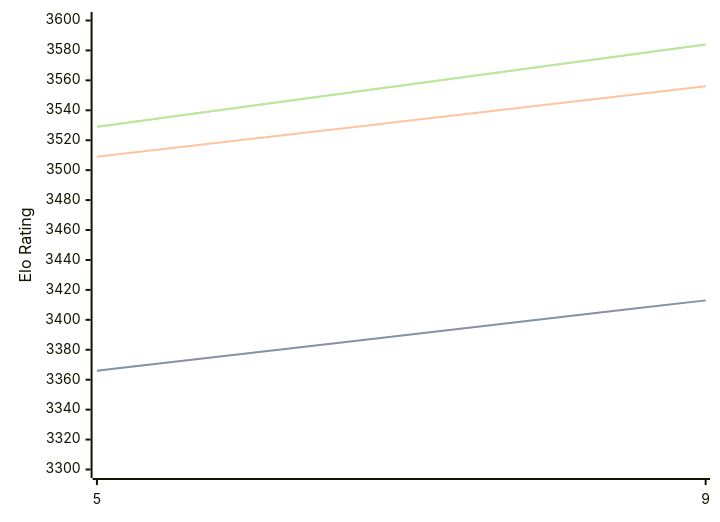
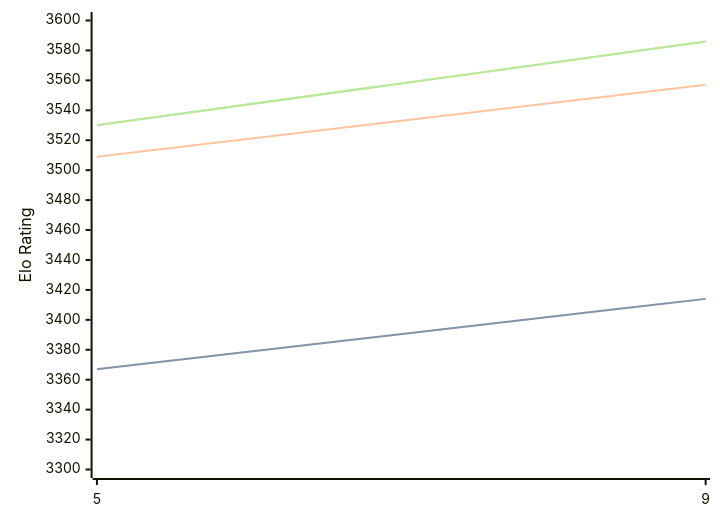
The diagram in engines/Crystal.md (computer-chess-index/cci), drawn with Mermaid before and after one commit. The commit also changed other lines of this file, not shown here.

Commit message:
Update CCI Ratings (ELO VLTC) - 2026-07-24

````diff
--- a/engines/Crystal.md
+++ b/engines/Crystal.md
@@ -60,11 +60,11 @@
 ```mermaid
 %%{init: {"theme":"base","themeVariables":{"seriesColors:['#a3a3a3','#222221','#faa371']}}}%%
 xychart-beta
   x-axis ["5", "9"]
   y-axis "Elo Rating" 3300 --> 3600
-  line "STC (8.0+0.08s)" [3366, 3413]
-  line "STC (8.0+0.08s)" [3366, 3413]
-  line "LTC (60.0+0.60s)" [3509, 3556]
-  line "VLTC (2m24s+1.12s)" [3529, 3584]
-  line "VLTC (2m24s+1.12s)" [3529, 3584]
+  line "STC (8.0+0.08s)" [3367, 3414]
+  line "STC (8.0+0.08s)" [3367, 3414]
+  line "LTC (60.0+0.60s)" [3509, 3557]
+  line "VLTC (2m24s+1.12s)" [3530, 3586]
+  line "VLTC (2m24s+1.12s)" [3530, 3586]
 ```
````
